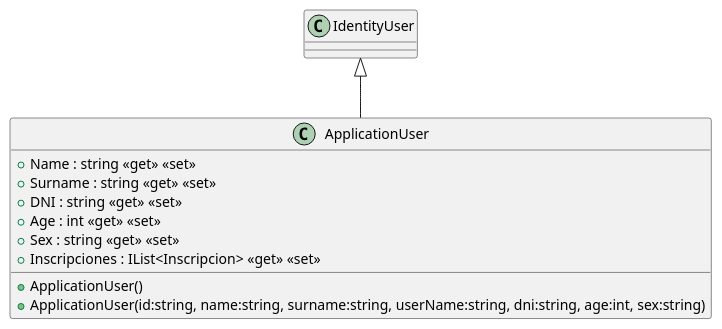
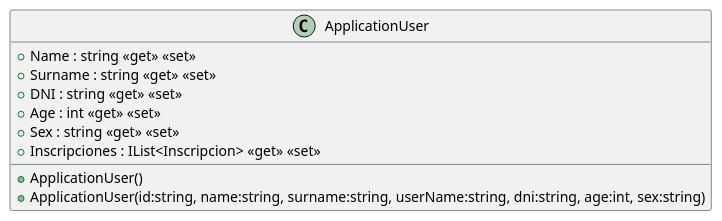
The diagram in src/AppForSEII.API/ClassDiagram/ApplicationUser.puml (ISII26-27RJD/ISII2627-RDJ), drawn with PlantUML before and after one commit. The commit also changed 2 other files, not shown here.

```diff
--- a/src/AppForSEII.API/ClassDiagram/ApplicationUser.puml
+++ b/src/AppForSEII.API/ClassDiagram/ApplicationUser.puml
@@ -1,13 +1,12 @@
 @startuml
 class ApplicationUser {
     + ApplicationUser()
     + ApplicationUser(id:string, name:string, surname:string, userName:string, dni:string, age:int, sex:string)
     + Name : string <<get>> <<set>>
     + Surname : string <<get>> <<set>>
     + DNI : string <<get>> <<set>>
     + Age : int <<get>> <<set>>
     + Sex : string <<get>> <<set>>
     + Inscripciones : IList<Inscripcion> <<get>> <<set>>
 }
-IdentityUser <|-- ApplicationUser
 @enduml
```
